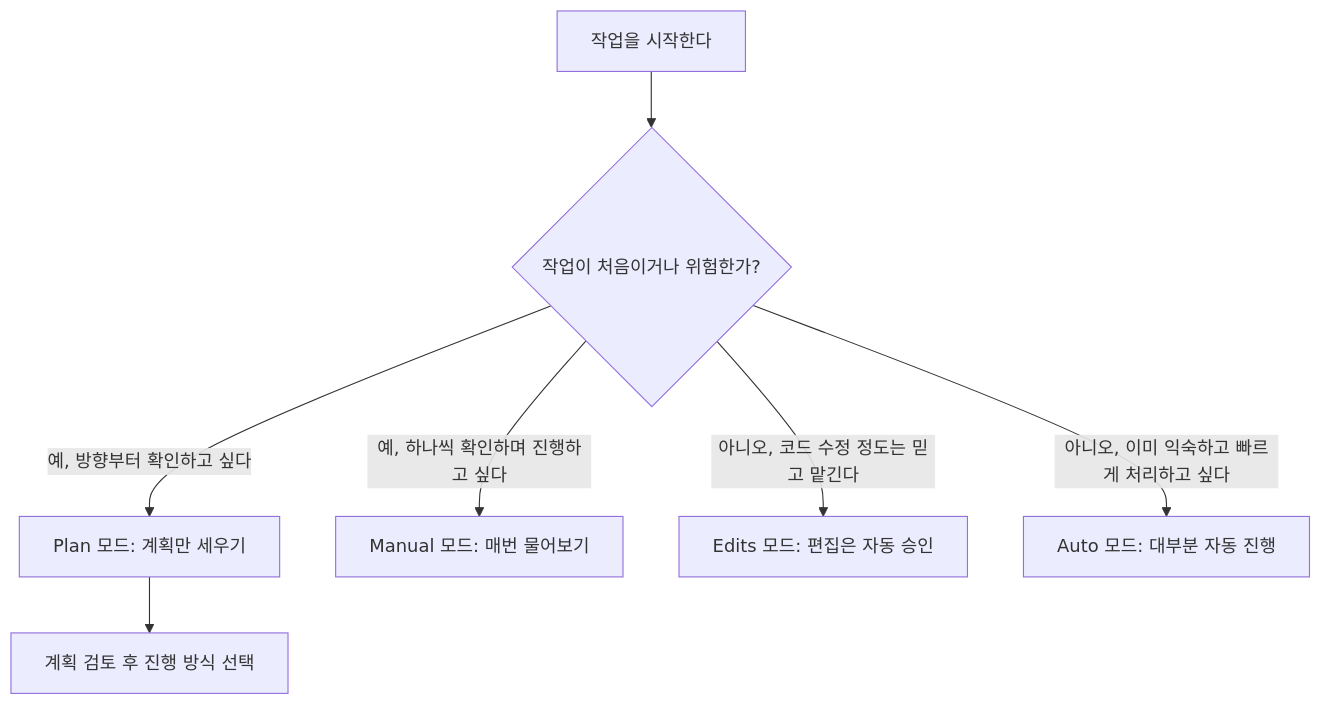
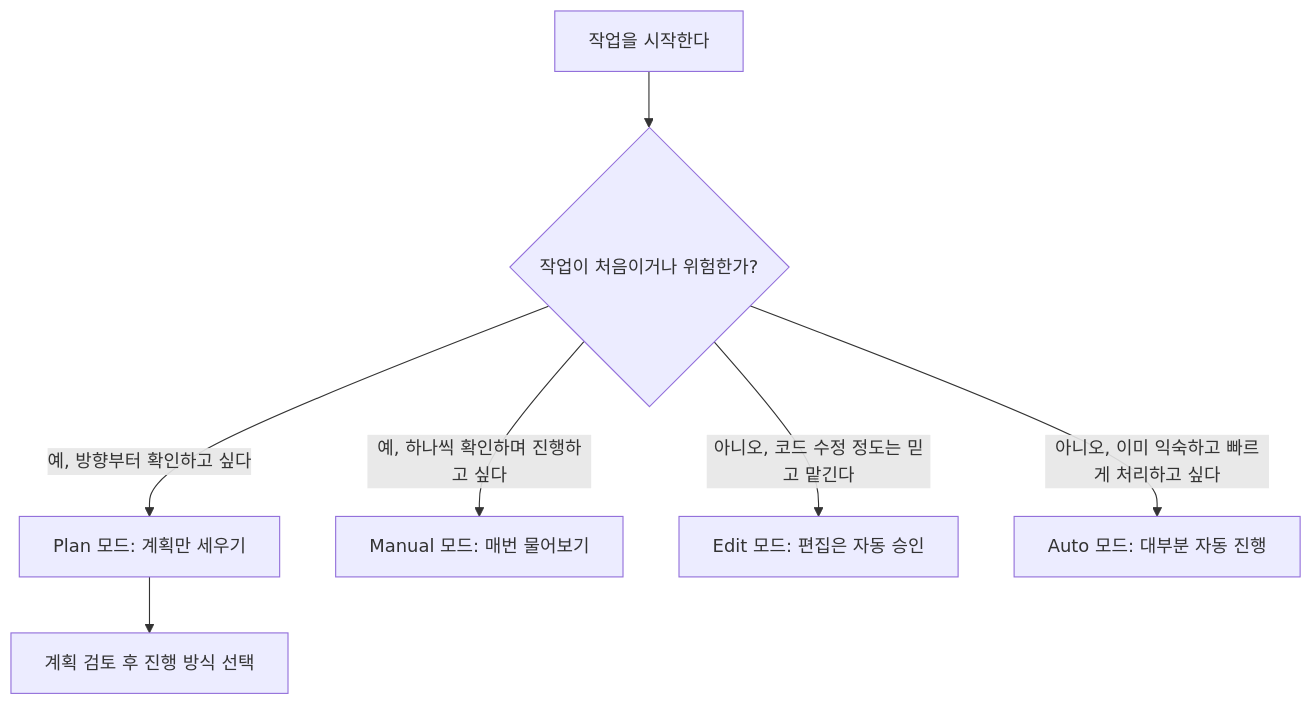
Before and after one commit to paaaraaaeaaa/my-blog: the fourth of 6 diagrams in _posts/Cloud/학습노트/2026-08-31-day4.md, drawn with Mermaid. The commit also changed other lines of this file, not shown here.

````diff
--- a/_posts/Cloud/학습노트/2026-08-31-day4.md
+++ b/_posts/Cloud/학습노트/2026-08-31-day4.md
@@ -134,9 +196,9 @@
 ```mermaid
 flowchart TD
     Start[작업을 시작한다] --> Q1{작업이 처음이거나 위험한가?}
     Q1 -- 예, 방향부터 확인하고 싶다 --> Plan[Plan 모드: 계획만 세우기]
     Q1 -- 예, 하나씩 확인하며 진행하고 싶다 --> Manual[Manual 모드: 매번 물어보기]
-    Q1 -- 아니오, 코드 수정 정도는 믿고 맡긴다 --> Edits[Edits 모드: 편집은 자동 승인]
+    Q1 -- 아니오, 코드 수정 정도는 믿고 맡긴다 --> Edit[Edit 모드: 편집은 자동 승인]
     Q1 -- 아니오, 이미 익숙하고 빠르게 처리하고 싶다 --> Auto[Auto 모드: 대부분 자동 진행]
     Plan --> Review[계획 검토 후 진행 방식 선택]
 ```
````
